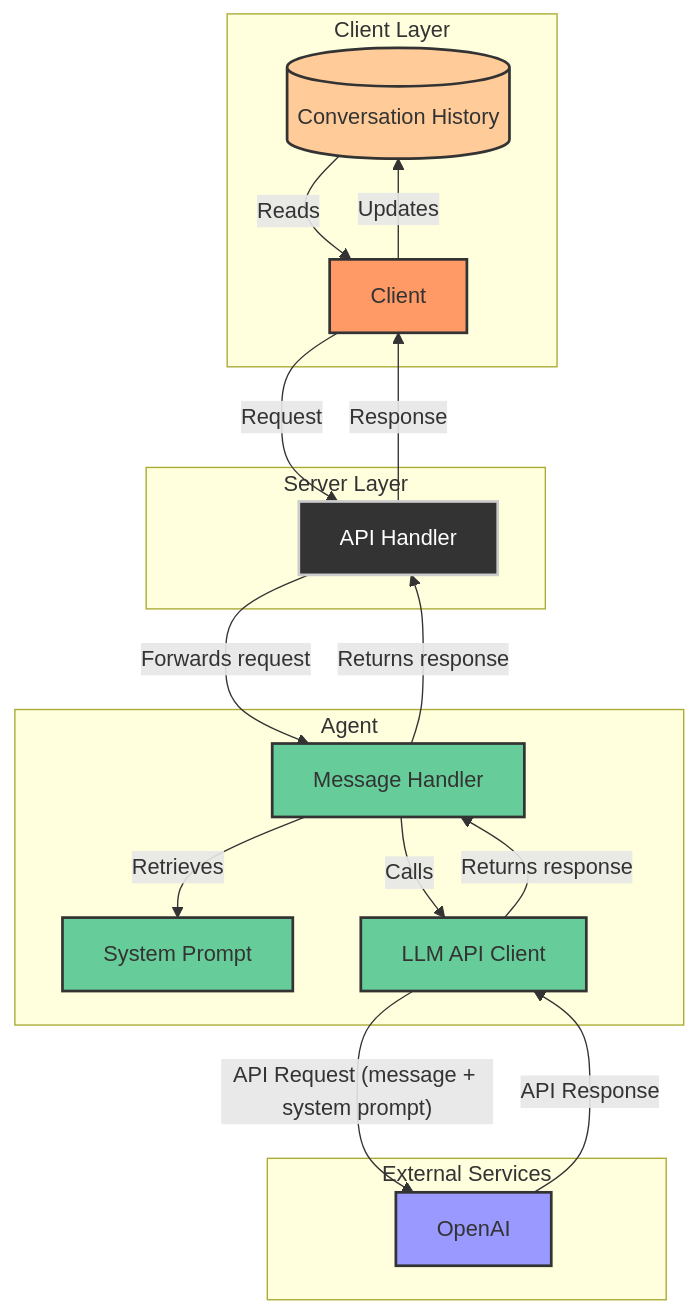
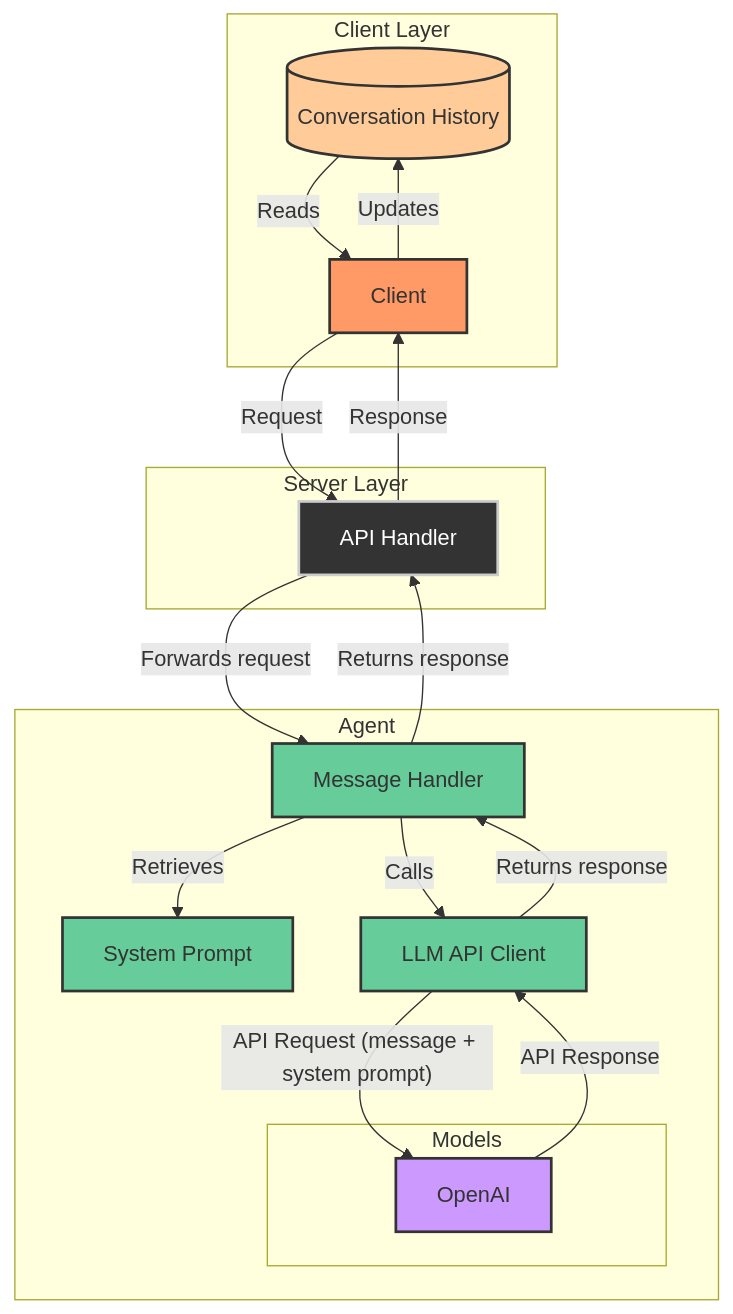
Before and after one commit to motechFR/ai-agents-demo: the diagram in server/lib/levels/flowcharts/level03.md, drawn with Mermaid. The commit also changed 2 other files, not shown here.

Commit message:
Cleanup levels 1 & 2

````diff
--- a/server/lib/levels/flowcharts/level03.md
+++ b/server/lib/levels/flowcharts/level03.md
@@ -1,46 +1,48 @@
 ```mermaid
 graph TD
     subgraph Client Layer
         ConversationHistory[("Conversation History")]
         Client
         Client -- "Updates" --> ConversationHistory
         ConversationHistory -- "Reads" --> Client
     end
 
     subgraph Server Layer
         APIHandler["API Handler"]
     end
     
     subgraph Agent
         MessageHandler["Message Handler"]
         SystemPrompt["System Prompt"]
         LLMClient["LLM API Client"]
         
+        subgraph Models
+            OpenAI["OpenAI"]
+        end
+        
         MessageHandler -- "Retrieves" --> SystemPrompt
         MessageHandler -- "Calls" --> LLMClient
+        LLMClient -- "API Request (message + system prompt)" --> OpenAI
+        OpenAI -- "API Response" --> LLMClient
         LLMClient -- "Returns response" --> MessageHandler
     end
 
     Client -- "Request" --> APIHandler
     APIHandler -- "Forwards request" --> MessageHandler
-    LLMClient -- "API Request (message + system prompt)" --> OpenAI
-    OpenAI -- "API Response" --> LLMClient
     MessageHandler -- "Returns response" --> APIHandler
     APIHandler -- "Response" --> Client
 
-    subgraph External Services
-        OpenAI
-    end
 
     classDef clientStyle fill:#f96,stroke:#333,stroke-width:2px;
     classDef serverStyle fill:#333,stroke:#ccc,stroke-width:2px,color:#fff;
     classDef externalStyle fill:#99f,stroke:#333,stroke-width:2px;
     classDef historyStyle fill:#fc9,stroke:#333,stroke-width:2px;
     classDef agentStyle fill:#6c9,stroke:#333,stroke-width:2px;
+    classDef modelStyle fill:#c9f,stroke:#333,stroke-width:2px;
 
     class Client clientStyle;
     class APIHandler serverStyle;
     class MessageHandler,SystemPrompt,LLMClient agentStyle;
-    class OpenAI externalStyle;
+    class OpenAI modelStyle;
     class ConversationHistory historyStyle;
 ```
````
